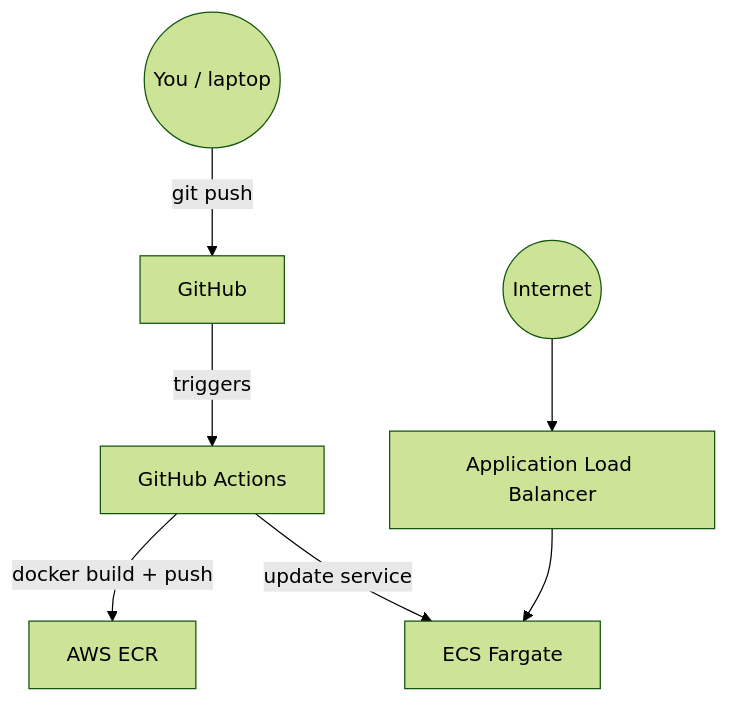
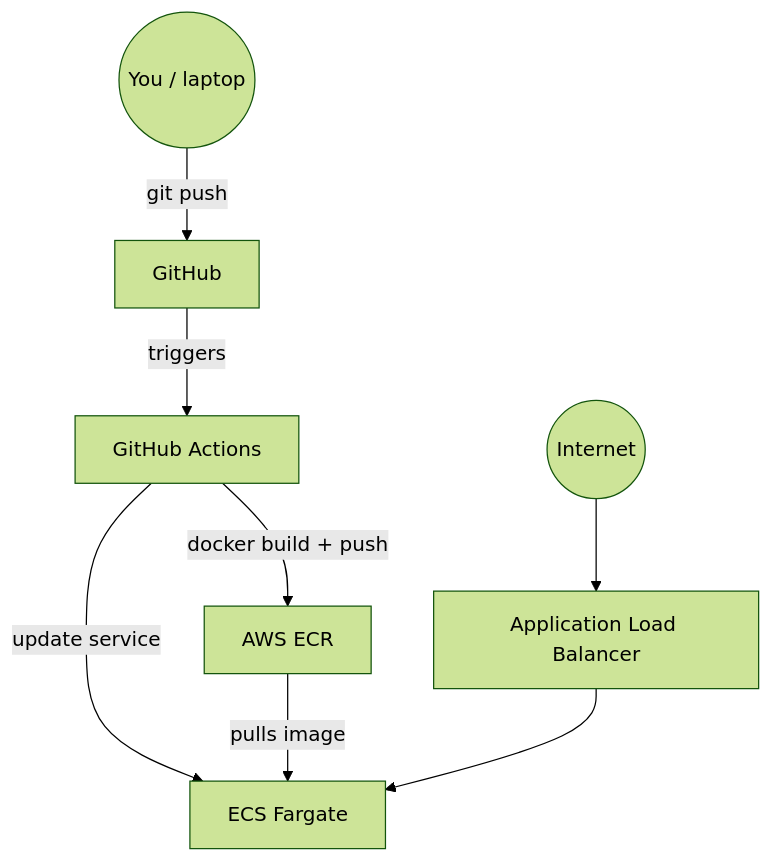
One commit to Duna-Devo/Cloud-devops-portfolio changed the fourth of 4 diagrams in README.md. Above: the diagram before and after it, drawn with Mermaid (forest theme).

Commit message:
Add Stage 4 write-up to README

````diff
--- a/README.md
+++ b/README.md
@@ -193,9 +193,10 @@
 ```mermaid
 flowchart TB
     Dev((You / laptop)) -->|git push| GitHub[GitHub]
     GitHub -->|triggers| Actions[GitHub Actions]
     Actions -->|docker build + push| ECR[AWS ECR]
     Actions -->|update service| ECS[ECS Fargate]
-    Internet((Internet)) --> ALB[Application Load Balancer]
+    ECR -->|pulls image| ECS    
+	Internet((Internet)) --> ALB[Application Load Balancer]
     ALB --> ECS
 ```
````
